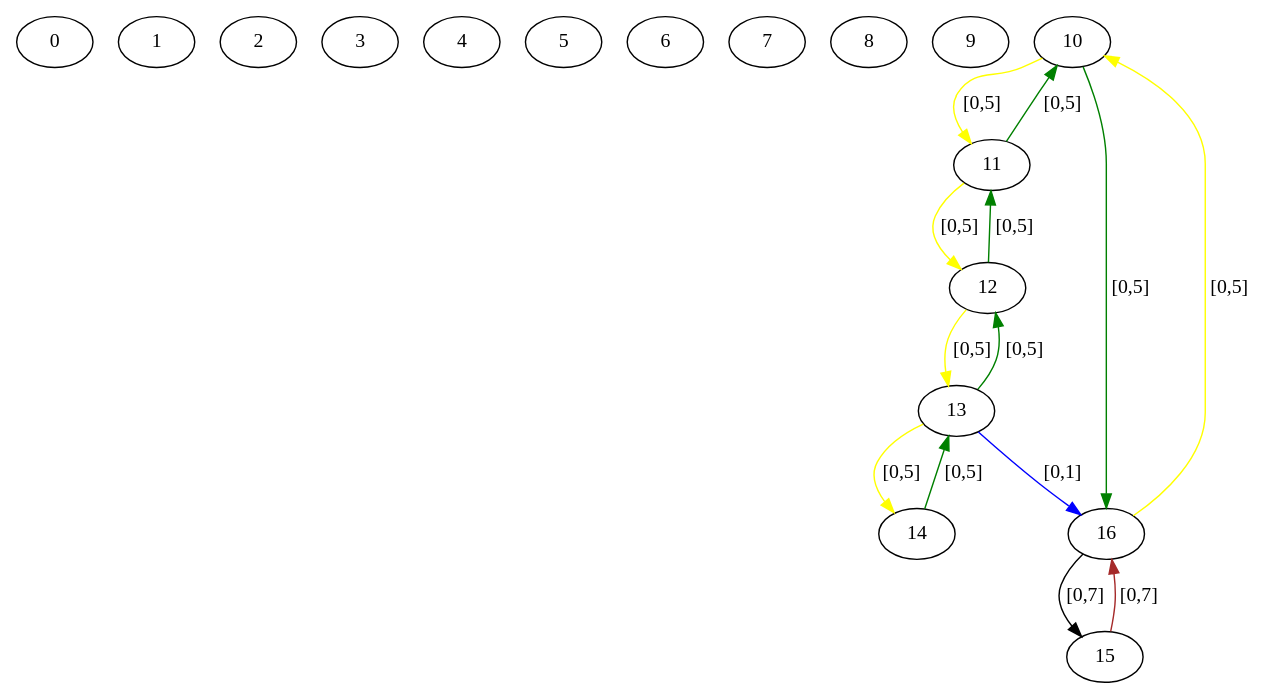
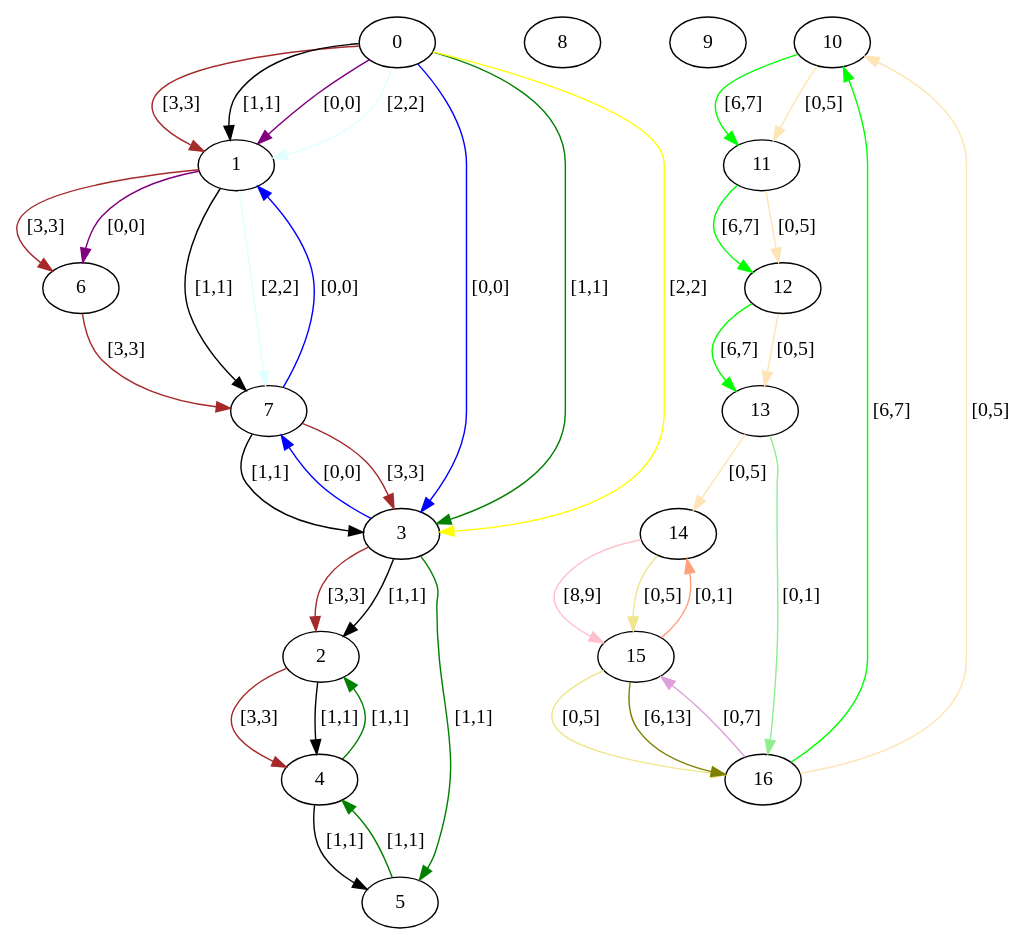
Before and after one commit to Hebbe1234/ExpectAll: the diagram in src/assignedGraphs/assigned.dot, drawn with Graphviz. The commit also changed 5 other files, not shown here.

```diff
--- a/src/assignedGraphs/assigned.dot
+++ b/src/assignedGraphs/assigned.dot
@@ -1,32 +1,59 @@
 digraph  {
 0 [label=0];
 1 [label=1];
 2 [label=2];
 3 [label=3];
 4 [label=4];
 5 [label=5];
 6 [label=6];
 7 [label=7];
 8 [label=8];
 9 [label=9];
 10 [label=10];
 11 [label=11];
 12 [label=12];
 13 [label=13];
 14 [label=14];
 15 [label=15];
 16 [label=16];
-10 -> 16  [color=green, key=0, label="[0,5]"];
-10 -> 11  [color=yellow, key=0, label="[0,5]"];
-11 -> 10  [color=green, key=0, label="[0,5]"];
-11 -> 12  [color=yellow, key=0, label="[0,5]"];
-12 -> 11  [color=green, key=0, label="[0,5]"];
-12 -> 13  [color=yellow, key=0, label="[0,5]"];
-13 -> 16  [color=blue, key=0, label="[0,1]"];
-13 -> 12  [color=green, key=0, label="[0,5]"];
-13 -> 14  [color=yellow, key=0, label="[0,5]"];
-14 -> 13  [color=green, key=0, label="[0,5]"];
-15 -> 16  [color=brown, key=0, label="[0,7]"];
-16 -> 10  [color=yellow, key=0, label="[0,5]"];
-16 -> 15  [color=black, key=0, label="[0,7]"];
+0 -> 3  [color=blue, key=0, label="[0,0]"];
+0 -> 3  [color=green, key=1, label="[1,1]"];
+0 -> 3  [color=yellow, key=2, label="[2,2]"];
+0 -> 1  [color=brown, key=0, label="[3,3]"];
+0 -> 1  [color=black, key=1, label="[1,1]"];
+0 -> 1  [color=purple, key=2, label="[0,0]"];
+0 -> 1  [color=lightcyan, key=3, label="[2,2]"];
+1 -> 6  [color=brown, key=0, label="[3,3]"];
+1 -> 6  [color=purple, key=1, label="[0,0]"];
+1 -> 7  [color=black, key=0, label="[1,1]"];
+1 -> 7  [color=lightcyan, key=1, label="[2,2]"];
+2 -> 4  [color=brown, key=0, label="[3,3]"];
+2 -> 4  [color=black, key=1, label="[1,1]"];
+3 -> 7  [color=blue, key=0, label="[0,0]"];
+3 -> 5  [color=green, key=0, label="[1,1]"];
+3 -> 2  [color=brown, key=0, label="[3,3]"];
+3 -> 2  [color=black, key=1, label="[1,1]"];
+4 -> 2  [color=green, key=0, label="[1,1]"];
+4 -> 5  [color=black, key=0, label="[1,1]"];
+5 -> 4  [color=green, key=0, label="[1,1]"];
+6 -> 7  [color=brown, key=0, label="[3,3]"];
+7 -> 1  [color=blue, key=0, label="[0,0]"];
+7 -> 3  [color=brown, key=0, label="[3,3]"];
+7 -> 3  [color=black, key=1, label="[1,1]"];
+10 -> 11  [color=lime, key=0, label="[6,7]"];
+10 -> 11  [color=moccasin, key=1, label="[0,5]"];
+11 -> 12  [color=lime, key=0, label="[6,7]"];
+11 -> 12  [color=moccasin, key=1, label="[0,5]"];
+12 -> 13  [color=lime, key=0, label="[6,7]"];
+12 -> 13  [color=moccasin, key=1, label="[0,5]"];
+13 -> 16  [color=lightgreen, key=0, label="[0,1]"];
+13 -> 14  [color=moccasin, key=0, label="[0,5]"];
+14 -> 15  [color=pink, key=0, label="[8,9]"];
+14 -> 15  [color=khaki, key=1, label="[0,5]"];
+15 -> 14  [color=lightsalmon, key=0, label="[0,1]"];
+15 -> 16  [color=khaki, key=0, label="[0,5]"];
+15 -> 16  [color=olive, key=1, label="[6,13]"];
+16 -> 10  [color=lime, key=0, label="[6,7]"];
+16 -> 10  [color=moccasin, key=1, label="[0,5]"];
+16 -> 15  [color=plum, key=0, label="[0,7]"];
 }
```
